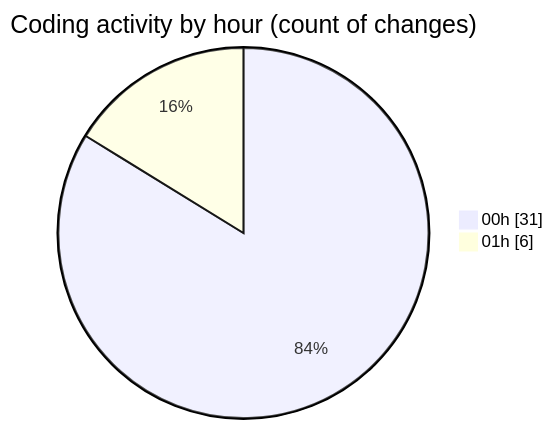
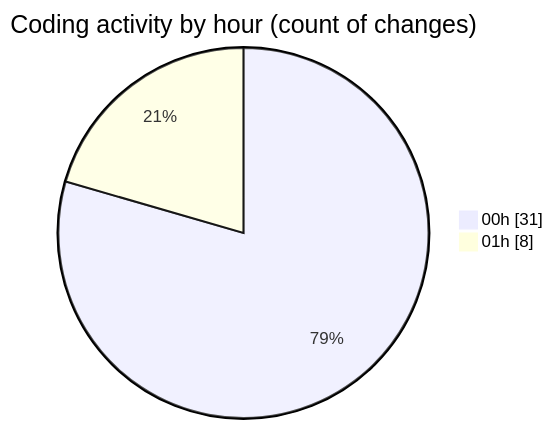
Before and after one commit to julien-gomy/code-tracking: the second of 2 diagrams in 2025-10-28/usr_aleoudev_fr__workspace_/README.md, drawn with Mermaid. The commit also changed other lines of this file and 1 other file, not shown here.

````diff
--- a/2025-10-28/usr_aleoudev_fr__workspace_/README.md
+++ b/2025-10-28/usr_aleoudev_fr__workspace_/README.md
@@ -31,6 +31,6 @@
 ```mermaid
 pie showData
 title Coding activity by hour (count of changes)
 "00h" : 31
-"01h" : 6
+"01h" : 8
 ```
````
